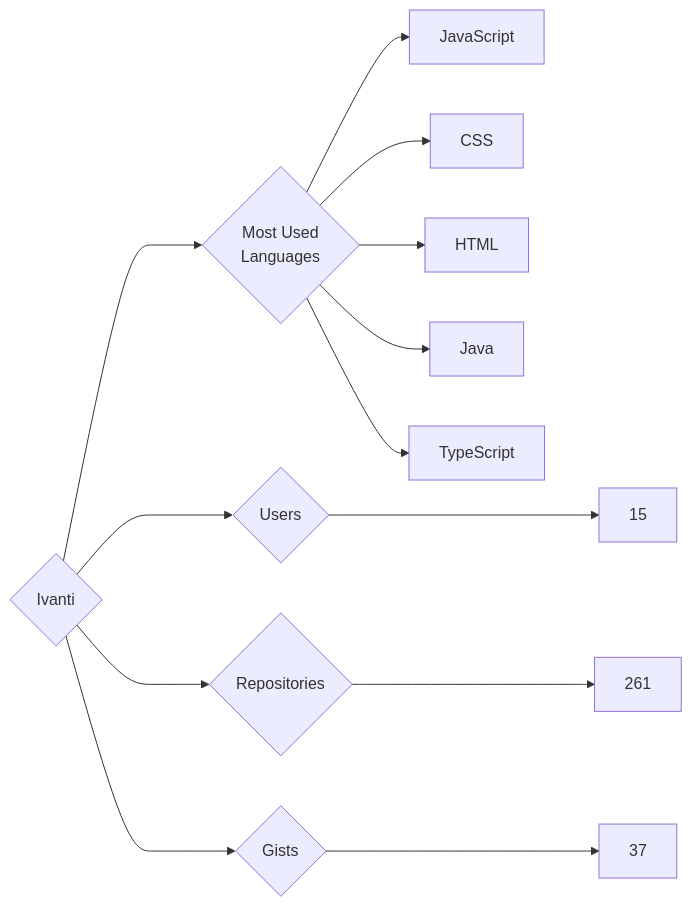
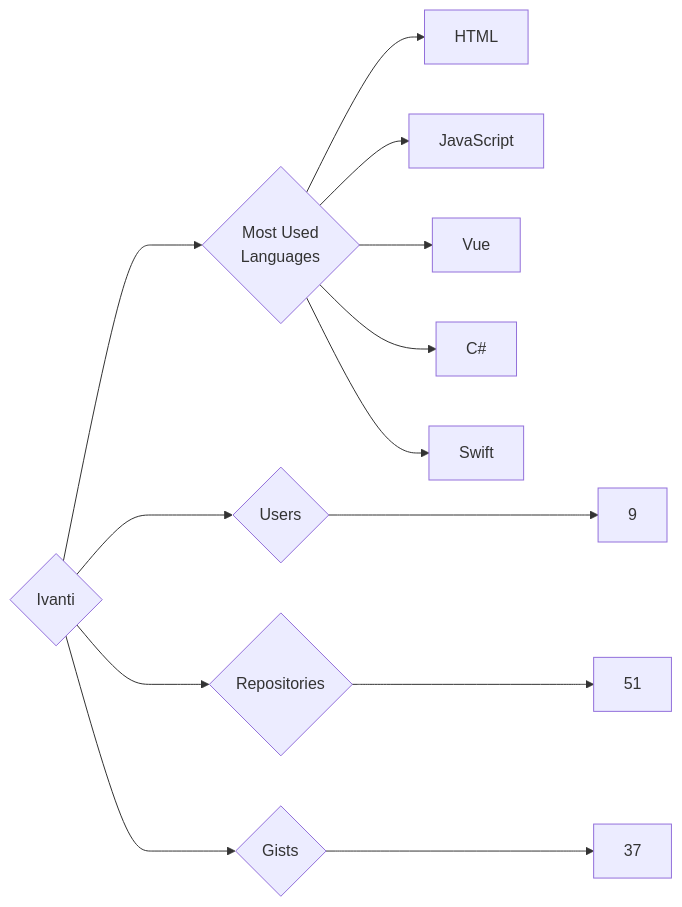
One commit to trickest/insiders changed the diagram in targets/Ivanti/README.md. Above: the diagram before and after it, drawn with Mermaid. The commit also changed 679 other files, not shown here.

````diff
--- a/targets/Ivanti/README.md
+++ b/targets/Ivanti/README.md
@@ -3,13 +3,13 @@
 ```mermaid
 graph LR
 COMPANY_NAME{Ivanti}
-COMPANY_NAME ---> U{Users} ---> UN[15]
-COMPANY_NAME ---> R{Repositories} ---> RN[261]
+COMPANY_NAME ---> U{Users} ---> UN[9]
+COMPANY_NAME ---> R{Repositories} ---> RN[51]
 COMPANY_NAME ---> G{Gists} ---> GN[37]
 COMPANY_NAME ---> ML{Most Used<br>Languages}
+ML --> HTML[HTML]
 ML --> JavaScript[JavaScript]
-ML --> CSS[CSS]
-ML --> HTML[HTML]
-ML --> Java[Java]
-ML --> TypeScript[TypeScript]
+ML --> Vue[Vue]
+ML --> C#[C#]
+ML --> Swift[Swift]
 ```
````
